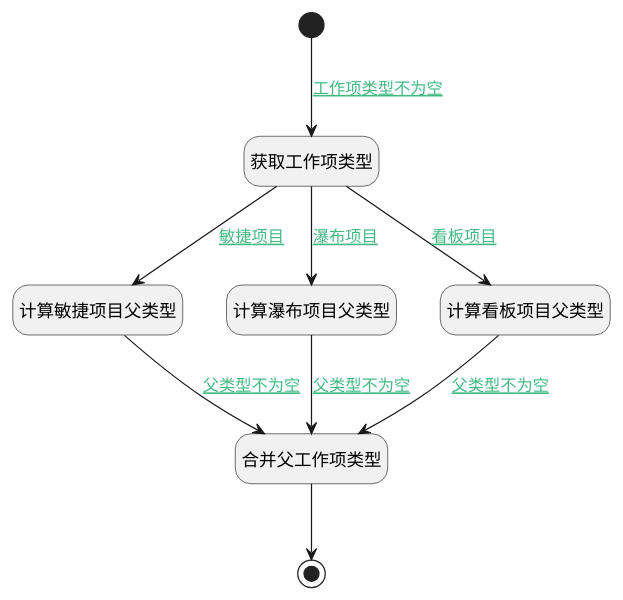
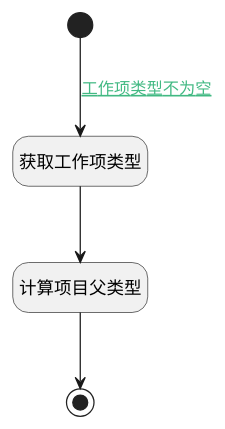
Before and after one commit to iBizLab/plm: the diagram in doc/docsify/module/ProjMgmt/work_item/uilogic/calc_parent_work_item_type.md, drawn with PlantUML. The commit also changed other lines of this file and 1068 other files, not shown here.

````diff
--- a/doc/docsify/module/ProjMgmt/work_item/uilogic/calc_parent_work_item_type.md
+++ b/doc/docsify/module/ProjMgmt/work_item/uilogic/calc_parent_work_item_type.md
@@ -7,31 +7,23 @@
 ```plantuml
 @startuml
 hide footbox
 <style>
 root {
   HyperlinkColor #42b983
 }
 </style>
 
 hide empty description
 state "开始" as Begin <<start>> [[$./calc_parent_work_item_type#begin {开始}]]
-state "合并父工作项类型" as PREPAREJSPARAM2  [[$./calc_parent_work_item_type#preparejsparam2 {合并父工作项类型}]]
-state "计算敏捷项目父类型" as RAWJSCODE3  [[$./calc_parent_work_item_type#rawjscode3 {计算敏捷项目父类型}]]
-state "结束" as END1 <<end>> [[$./calc_parent_work_item_type#end1 {结束}]]
-state "计算瀑布项目父类型" as RAWJSCODE2  [[$./calc_parent_work_item_type#rawjscode2 {计算瀑布项目父类型}]]
-state "获取工作项类型" as PREPAREJSPARAM1  [[$./calc_parent_work_item_type#preparejsparam1 {获取工作项类型}]]
-state "计算看板项目父类型" as RAWJSCODE1  [[$./calc_parent_work_item_type#rawjscode1 {计算看板项目父类型}]]
+state "计算项目父类型" as RAWJSCODE4  [[$./calc_parent_work_item_type#rawjscode4 {计算项目父类型}]]
+state "获取工作项类型" as PREPAREJSPARAM3  [[$./calc_parent_work_item_type#preparejsparam3 {获取工作项类型}]]
+state "结束" as END2 <<end>> [[$./calc_parent_work_item_type#end2 {结束}]]
 
 
-Begin --> PREPAREJSPARAM1 : [[$./calc_parent_work_item_type#begin-preparejsparam1{工作项类型不为空} 工作项类型不为空]]
-PREPAREJSPARAM1 --> RAWJSCODE1 : [[$./calc_parent_work_item_type#preparejsparam1-rawjscode1{看板项目} 看板项目]]
-RAWJSCODE1 --> PREPAREJSPARAM2 : [[$./calc_parent_work_item_type#rawjscode1-preparejsparam2{父类型不为空} 父类型不为空]]
-PREPAREJSPARAM2 --> END1
-PREPAREJSPARAM1 --> RAWJSCODE2 : [[$./calc_parent_work_item_type#preparejsparam1-rawjscode2{瀑布项目} 瀑布项目]]
-RAWJSCODE2 --> PREPAREJSPARAM2 : [[$./calc_parent_work_item_type#rawjscode2-preparejsparam2{父类型不为空} 父类型不为空]]
-PREPAREJSPARAM1 --> RAWJSCODE3 : [[$./calc_parent_work_item_type#preparejsparam1-rawjscode3{敏捷项目} 敏捷项目]]
-RAWJSCODE3 --> PREPAREJSPARAM2 : [[$./calc_parent_work_item_type#rawjscode3-preparejsparam2{父类型不为空} 父类型不为空]]
+Begin --> PREPAREJSPARAM3 : [[$./calc_parent_work_item_type#begin-preparejsparam3{工作项类型不为空} 工作项类型不为空]]
+PREPAREJSPARAM3 --> RAWJSCODE4
+RAWJSCODE4 --> END2
 
 
 @enduml
 ```
````
